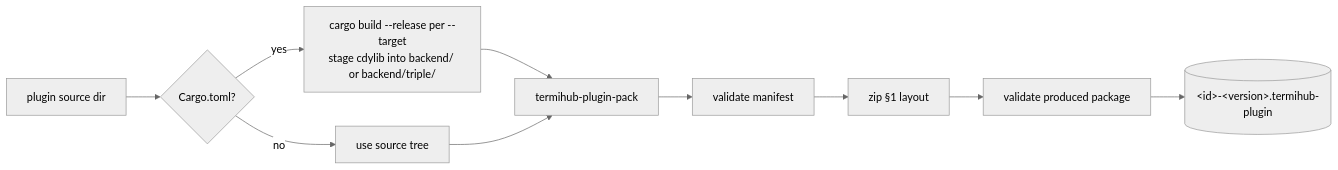
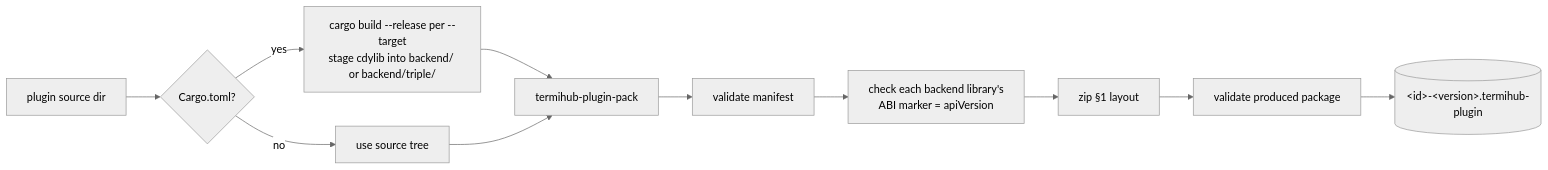
One commit to armaxri/termiHub changed the fourth of 5 diagrams in docs/plugin-authoring.md. Above: the diagram before and after it, drawn with Mermaid (neutral theme). The commit also changed other lines of this file and 3 other files, not shown here.

First line of the commit message:
docs(plugins): document the packager abi check

````diff
--- a/docs/plugin-authoring.md
+++ b/docs/plugin-authoring.md
@@ -546,12 +552,13 @@
 ```mermaid
 flowchart LR
     A[plugin source dir] --> B{Cargo.toml?}
     B -- yes --> C[cargo build --release per --target<br/>stage cdylib into backend/ or backend/triple/]
     B -- no --> D[use source tree]
     C --> E[termihub-plugin-pack]
     D --> E
     E --> F[validate manifest]
-    F --> G[zip §1 layout]
+    F --> F2[check each backend library's<br/>ABI marker = apiVersion]
+    F2 --> G[zip §1 layout]
     G --> H[validate produced package]
     H --> I[(&lt;id&gt;-&lt;version&gt;.termihub-plugin)]
 ```
````
